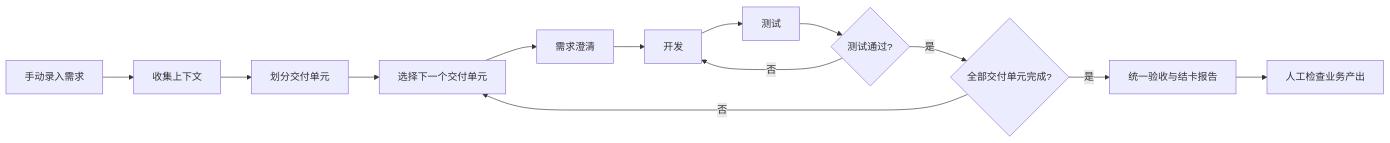
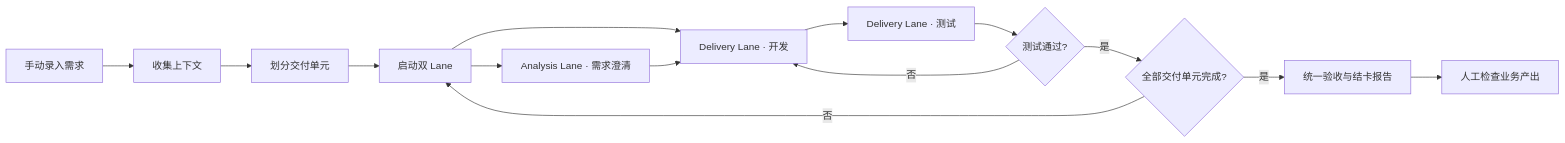
Before and after one commit to InspireChina/ai4se-loop-workflow: the first of 3 diagrams in docs/l4-loop-handbook.md, drawn with Mermaid. The commit also changed other lines of this file and 25 other files, not shown here.

````diff
--- a/docs/l4-loop-handbook.md
+++ b/docs/l4-loop-handbook.md
@@ -134,15 +134,16 @@
 ```mermaid
 flowchart LR
     input["手动录入需求"] --> context["收集上下文"]
     context --> split["划分交付单元"]
-    split --> select["选择下一个交付单元"]
-    select --> clarify["需求澄清"]
-    clarify --> dev["开发"]
-    dev --> test["测试"]
+    split --> lanes["启动双 Lane"]
+    lanes --> clarify["Analysis Lane · 需求澄清"]
+    lanes --> dev["Delivery Lane · 开发"]
+    clarify --> dev
+    dev --> test["Delivery Lane · 测试"]
     test --> passed{"测试通过?"}
     passed -->|"否"| dev
     passed -->|"是"| completed{"全部交付单元完成?"}
-    completed -->|"否"| select
+    completed -->|"否"| lanes
     completed -->|"是"| review["统一验收与结卡报告"]
     review --> human["人工检查业务产出"]
 ```
````
